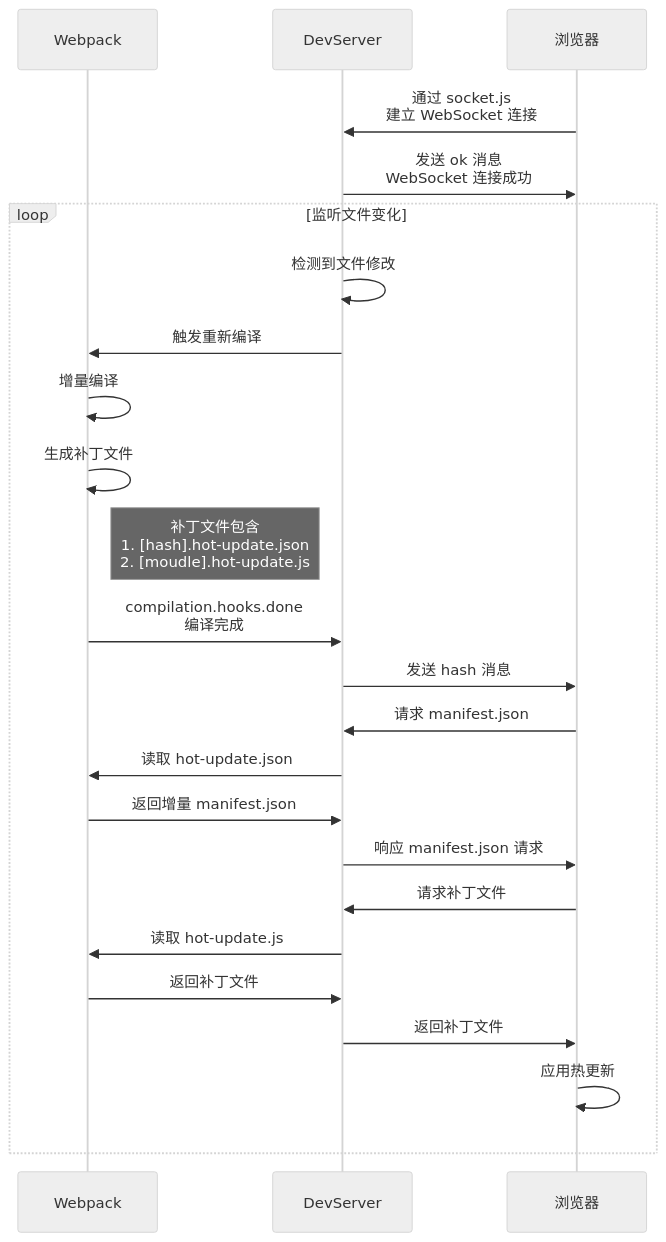
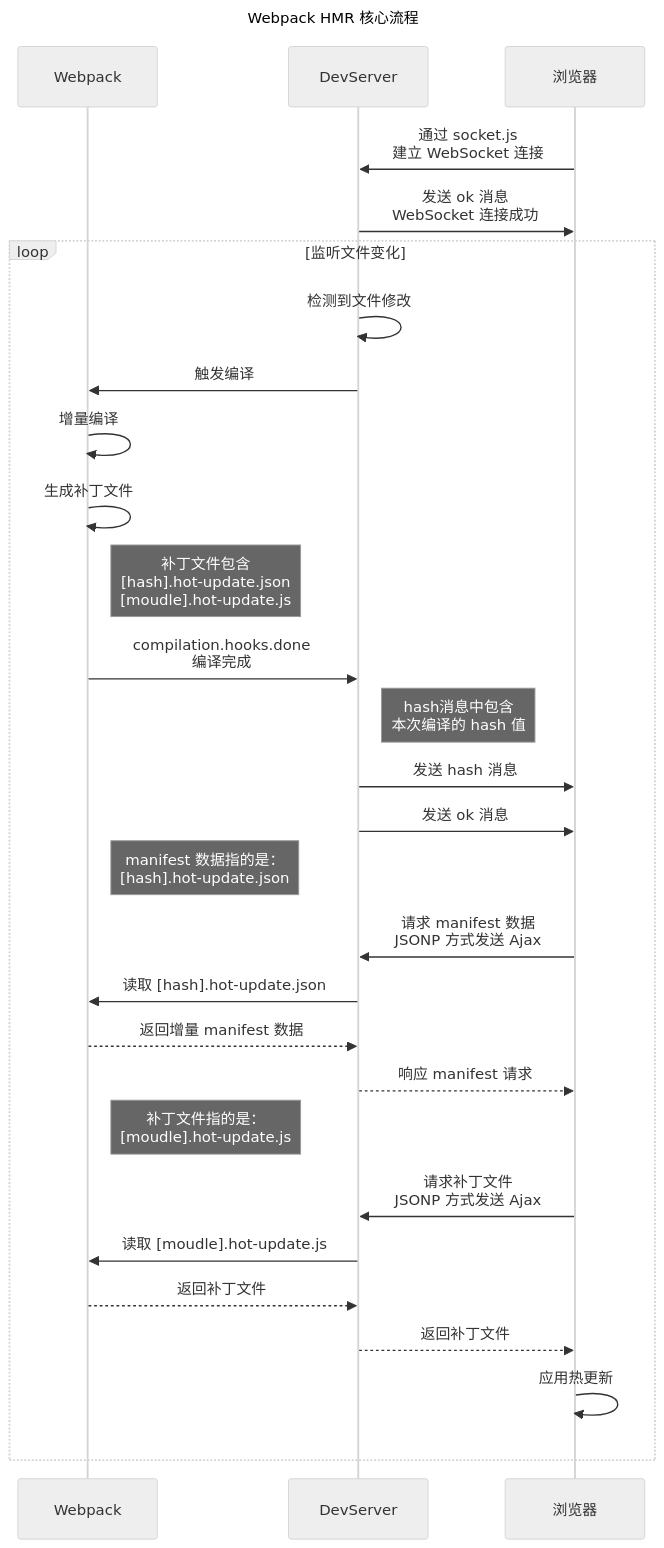
Before and after one commit to ykshang/MyBlog: the first of 2 diagrams in docs/notes/Webpack/4.核心原理/2.HMR 流程.md, drawn with Mermaid (neutral theme). The commit also changed other lines of this file, not shown here.

````diff
--- a/docs/notes/Webpack/4.核心原理/2.HMR 流程.md
+++ b/docs/notes/Webpack/4.核心原理/2.HMR 流程.md
@@ -145,27 +25,32 @@
 ```mermaid
 sequenceDiagram
+    title: Webpack HMR 核心流程
     participant Webpack
     participant DevServer
     participant 浏览器
 
     浏览器->>DevServer: 通过 socket.js <br> 建立 WebSocket 连接
     DevServer->>浏览器: 发送 ok 消息 <br> WebSocket 连接成功
     loop 监听文件变化
         DevServer->>DevServer: 检测到文件修改
-        DevServer->>Webpack: 触发重新编译
+        DevServer->>Webpack: 触发编译
         Webpack->>Webpack: 增量编译
         Webpack->>Webpack: 生成补丁文件
-        Note right of Webpack: 补丁文件包含<br/>1. [hash].hot-update.json<br/>2. [moudle].hot-update.js
+        Note right of Webpack: 补丁文件包含<br/>[hash].hot-update.json<br/>[moudle].hot-update.js
         Webpack->>DevServer: compilation.hooks.done <br/> 编译完成
+        Note right of DevServer: hash消息中包含<br>本次编译的 hash 值
         DevServer->>浏览器: 发送 hash 消息
-        浏览器->>DevServer: 请求 manifest.json
-        DevServer->>Webpack: 读取 hot-update.json
-        Webpack->>DevServer: 返回增量 manifest.json
-        DevServer->>浏览器: 响应 manifest.json 请求
-        浏览器 ->> DevServer: 请求补丁文件
-        DevServer->>Webpack: 读取 hot-update.js
-        Webpack->>DevServer: 返回补丁文件
-        DevServer->> 浏览器: 返回补丁文件
+        DevServer->>浏览器: 发送 ok 消息
+        Note right of Webpack: manifest 数据指的是：<br/>[hash].hot-update.json
+        浏览器->>DevServer: 请求 manifest 数据 <br/> JSONP 方式发送 Ajax
+        DevServer->>Webpack: 读取 [hash].hot-update.json
+        Webpack-->>DevServer: 返回增量 manifest 数据
+        DevServer-->>浏览器: 响应 manifest 请求
+        Note right of Webpack: 补丁文件指的是：<br/>[moudle].hot-update.js
+        浏览器 ->> DevServer: 请求补丁文件 <br/>  JSONP 方式发送 Ajax
+        DevServer->>Webpack: 读取 [moudle].hot-update.js
+        Webpack-->>DevServer: 返回补丁文件
+        DevServer-->> 浏览器: 返回补丁文件
         浏览器->>浏览器: 应用热更新
     end
 ```
````
